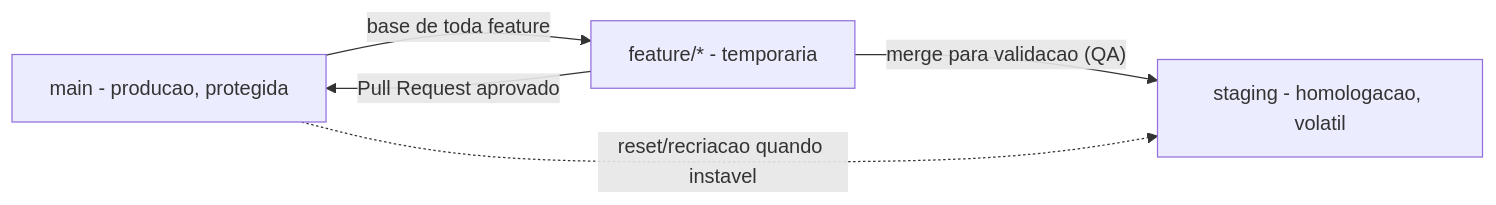
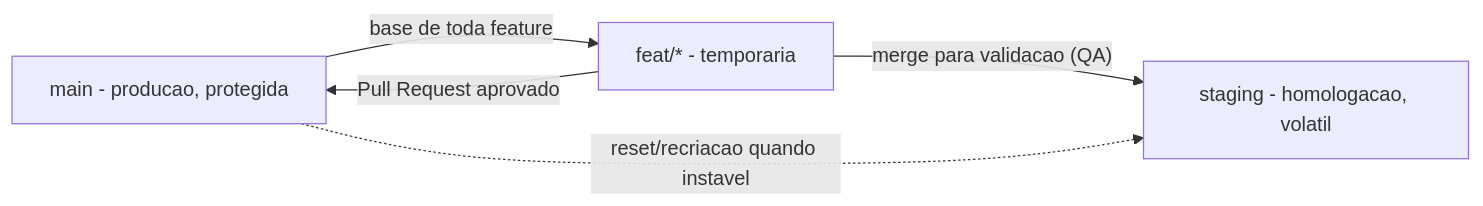
The diagram in modulo-git-smn/guia_estudos/README.md (ifti-instituto-futuro/material-prova-selecao), drawn with Mermaid before and after one commit. The commit also changed other lines of this file and 8 other files, not shown here.

````diff
--- a/modulo-git-smn/guia_estudos/README.md
+++ b/modulo-git-smn/guia_estudos/README.md
@@ -7,11 +7,11 @@
 ```mermaid
 flowchart LR
     MAIN[main - producao, protegida]
     STAGING[staging - homologacao, volatil]
-    FEATURE[feature/* - temporaria]
+    FEATURE[feat/* - temporaria]
 
     MAIN -- "base de toda feature" --> FEATURE
     FEATURE -- "merge para validacao (QA)" --> STAGING
     FEATURE -- "Pull Request aprovado" --> MAIN
     MAIN -. "reset/recriacao quando instavel" .-> STAGING
 ```
````
